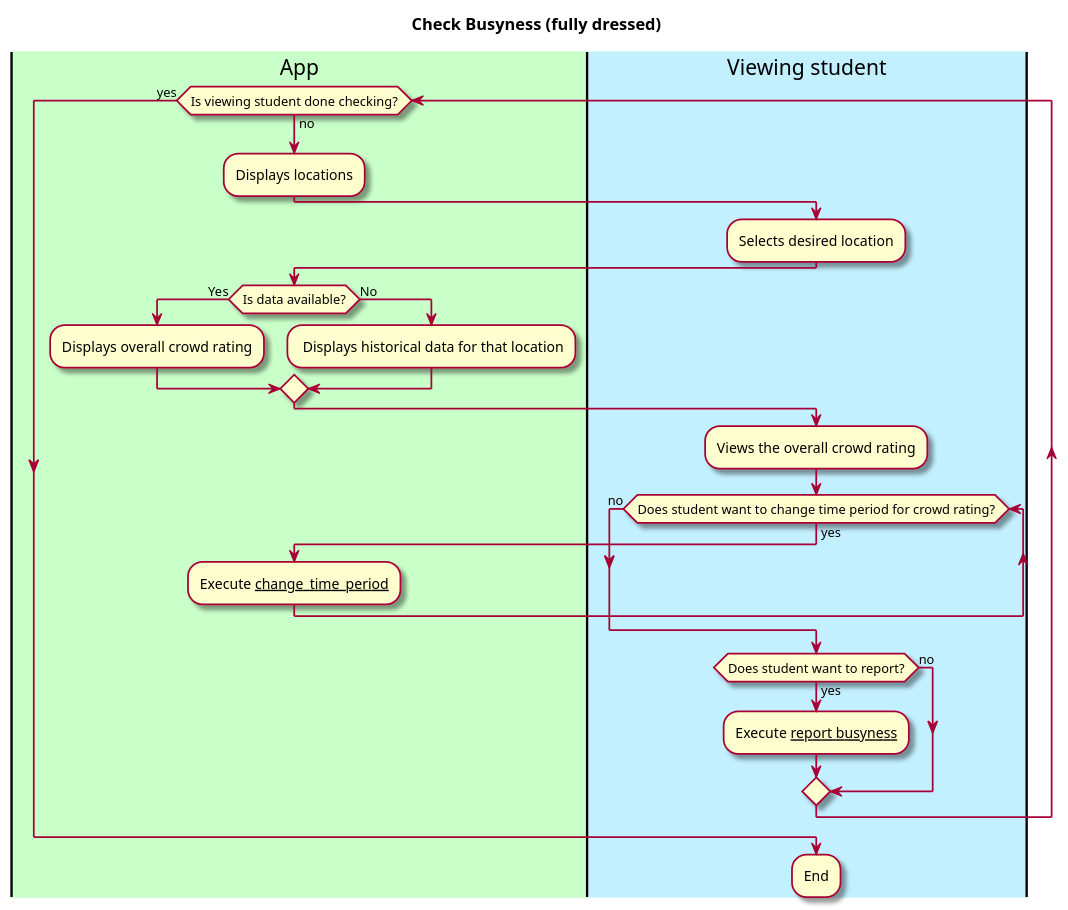
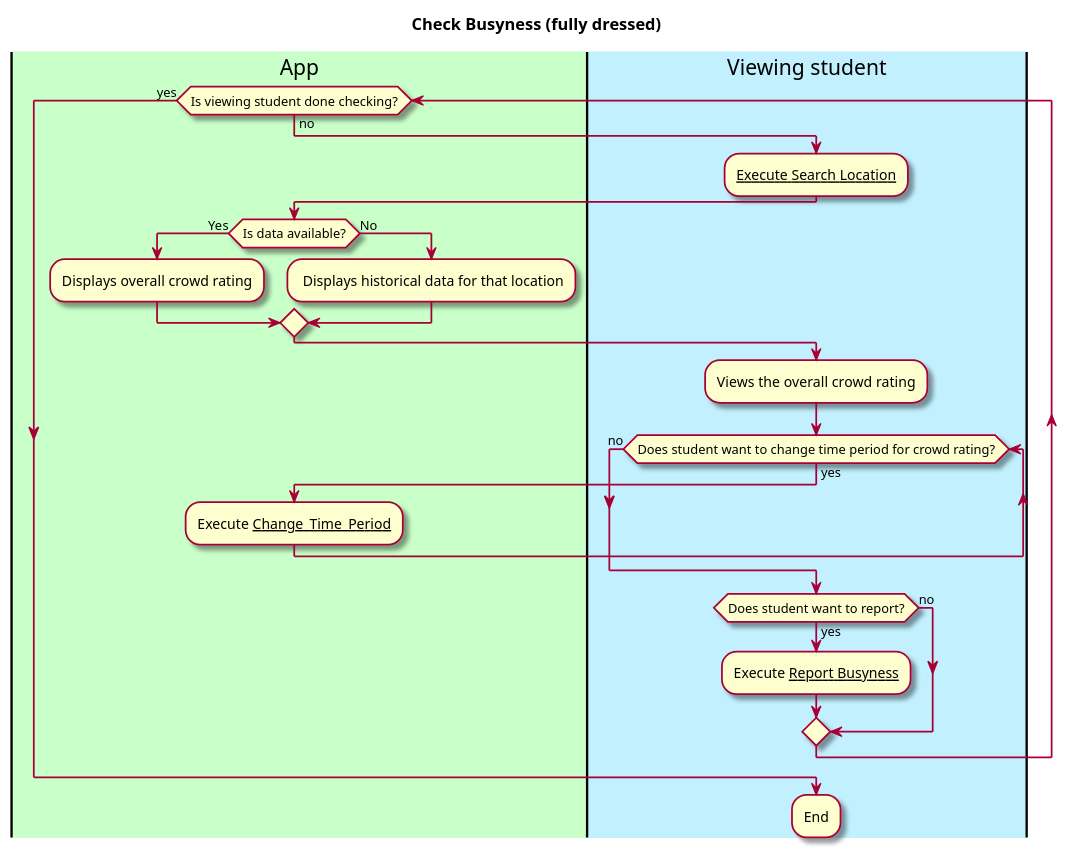
The diagram in intellij/documentation/use_cases/check_busyness.md (manoushpajouh/Vassar-Crowdmeter), drawn with PlantUML before and after one commit. The commit also changed 1 other file, not shown here.

Commit message:
refined use case diagrams for checkbusy and manageloc

````diff
--- a/intellij/documentation/use_cases/check_busyness.md
+++ b/intellij/documentation/use_cases/check_busyness.md
@@ -25,40 +25,39 @@
 ```plantuml
 @startuml
 
 skin rose
 
 title Check Busyness (fully dressed)
 
 'define the lanes
 |#technology|App|
 |#application|Viewing student|
 
 |App|
 while (Is viewing student done checking?) is (no)
-:Displays locations;
 
 |Viewing student|
-:Selects desired location;
+:__Execute Search Location__;
 
 |App|
 if (Is data available?) is (Yes) then
 :Displays overall crowd rating;
 else (No)
 : Displays historical data for that location;
 endif
 
 |Viewing student|
 :Views the overall crowd rating;
 while (Does student want to change time period for crowd rating?) is (yes)
 |App|
-:Execute __change_time_period__;
+:Execute __Change_Time_Period__;
 endwhile (no)
 |Viewing student|
 if (Does student want to report?) is (yes) then
-:Execute __report busyness__;
+:Execute __Report Busyness__;
 else (no)
 endif
 endwhile (yes)
 :End; 
 @enduml
 ```
````
